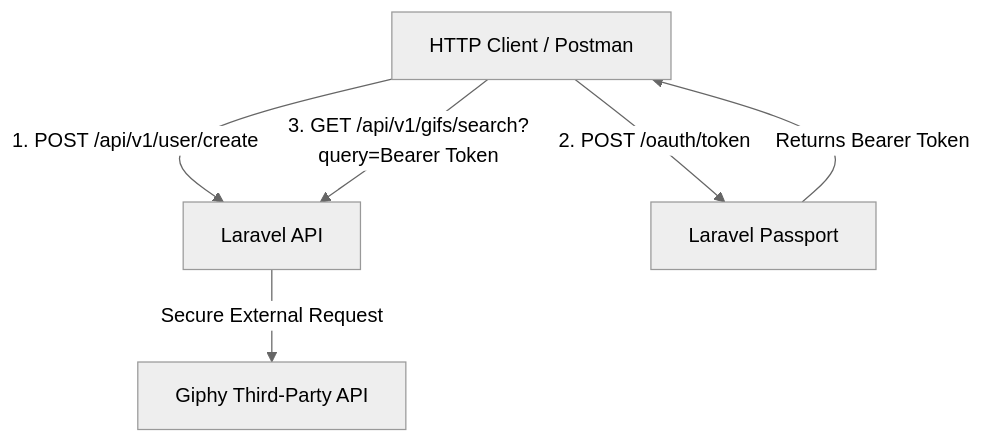
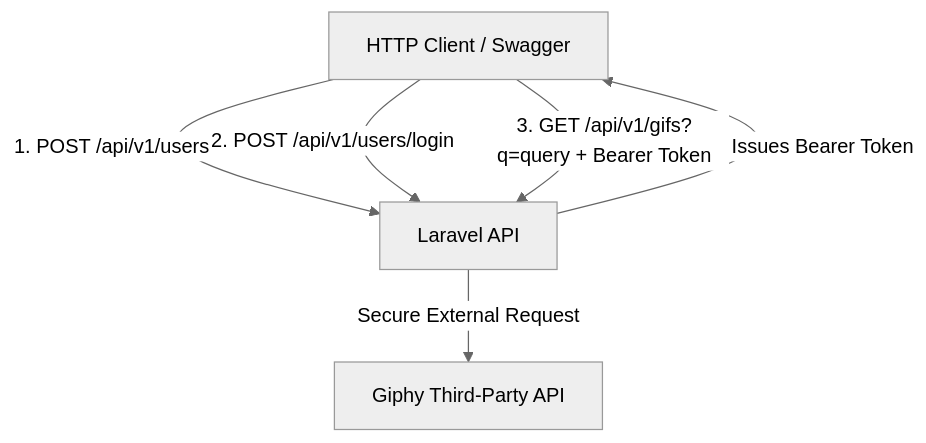
One commit to sklarmatias/giphy changed the diagram in README.md. Above: the diagram before and after it, drawn with Mermaid (neutral theme). The commit also changed other lines of this file, not shown here.

````diff
--- a/README.md
+++ b/README.md
@@ -9,8 +9,8 @@
 ```mermaid
 graph TD
-    Client[HTTP Client / Postman] -->|1. POST /api/v1/user/create| API[Laravel API]
-    Client -->|2. POST /oauth/token| Passport[Laravel Passport]
-    Passport -->|Returns Bearer Token| Client
-    Client -->|3. GET /api/v1/gifs/search?query=Bearer Token| API
+    Client[HTTP Client / Swagger] -->|1. POST /api/v1/users| API[Laravel API]
+    Client -->|2. POST /api/v1/users/login| API
+    API -->|Issues Bearer Token| Client
+    Client -->|3. GET /api/v1/gifs?q=query + Bearer Token| API
     API -->|Secure External Request| Giphy[Giphy Third-Party API]
 ```
````
